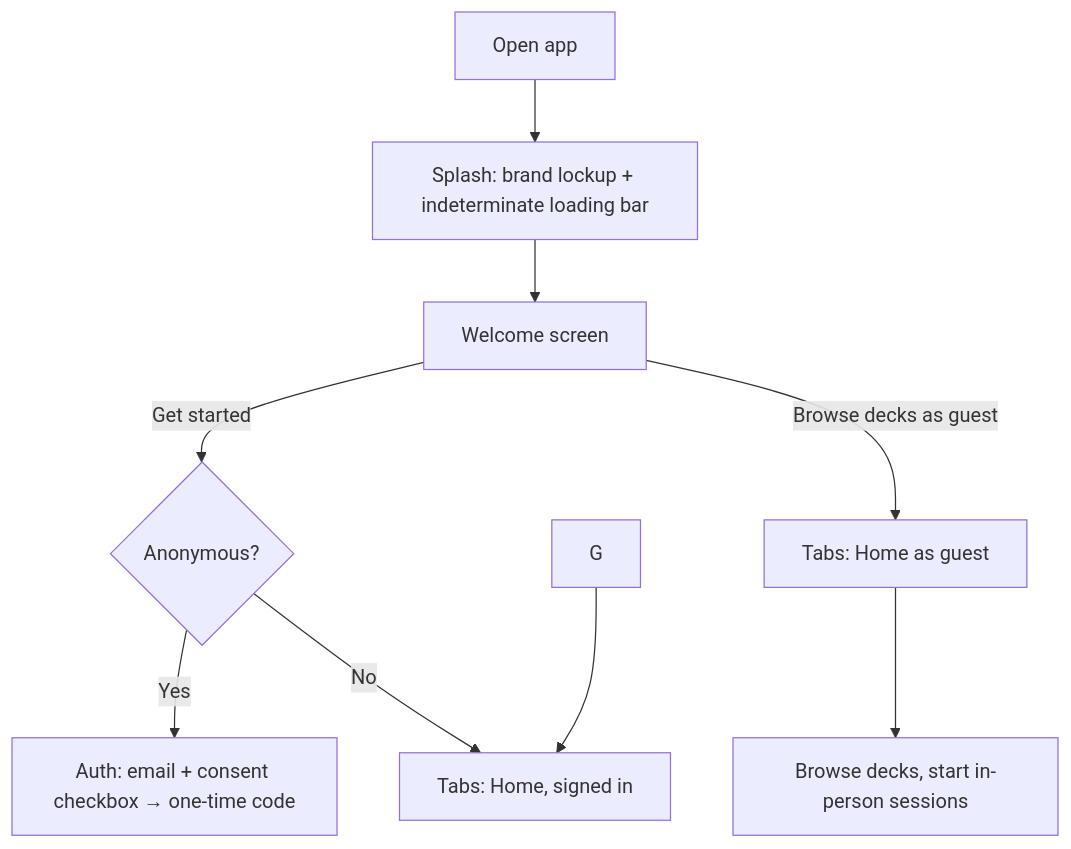
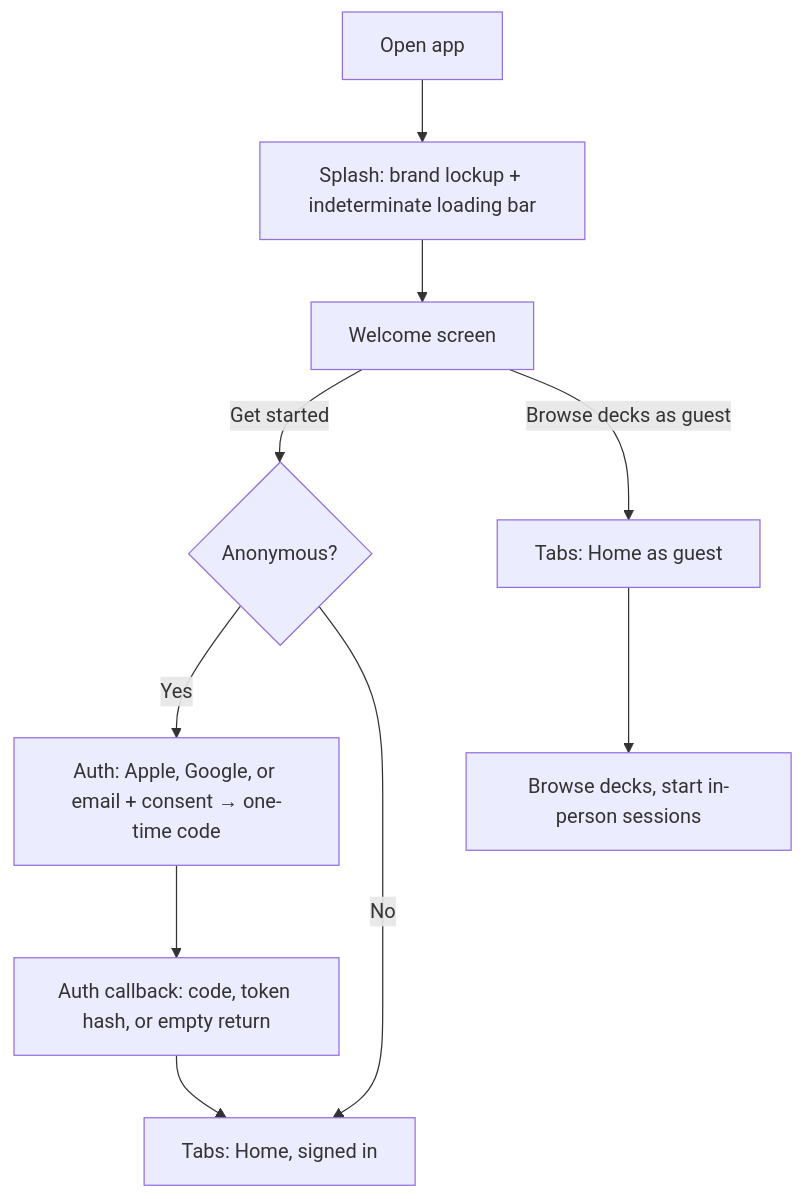
One commit to QuayeDNA/chale changed the first of 5 diagrams in docs/04-user-flows.md. Above: the diagram before and after it, drawn with Mermaid. The commit also changed other lines of this file, not shown here.

First line of the commit message:
docs: auth ladder and callback in flow 1

````diff
--- a/docs/04-user-flows.md
+++ b/docs/04-user-flows.md
@@ -12,11 +12,12 @@
 ```mermaid
 flowchart TD
     A[Open app] --> B[Splash: brand lockup + indeterminate loading bar]
     B --> C[Welcome screen]
     C -->|Get started| D{Anonymous?}
     C -->|Browse decks as guest| E[Tabs: Home as guest]
-    D -->|Yes| F[Auth: email + consent checkbox → one-time code]
+    D -->|Yes| F[Auth: Apple, Google, or email + consent → one-time code]
     D -->|No| E2[Tabs: Home, signed in]
+    F --> G[Auth callback: code, token hash, or empty return]
     G --> E2
     E --> H[Browse decks, start in-person sessions]
 ```
````
